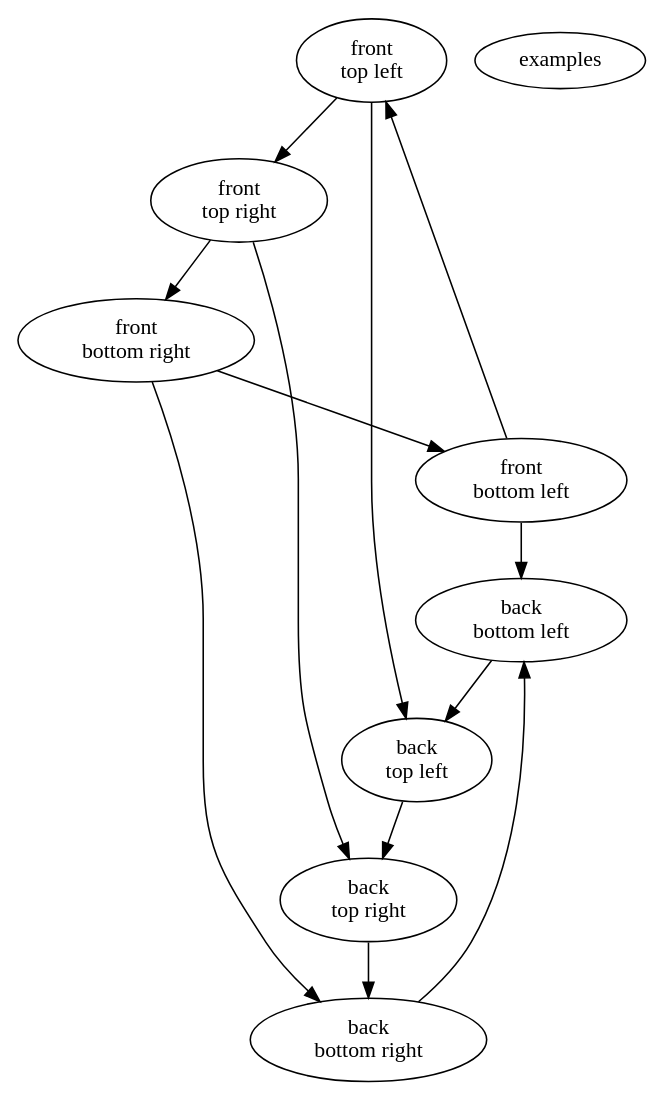
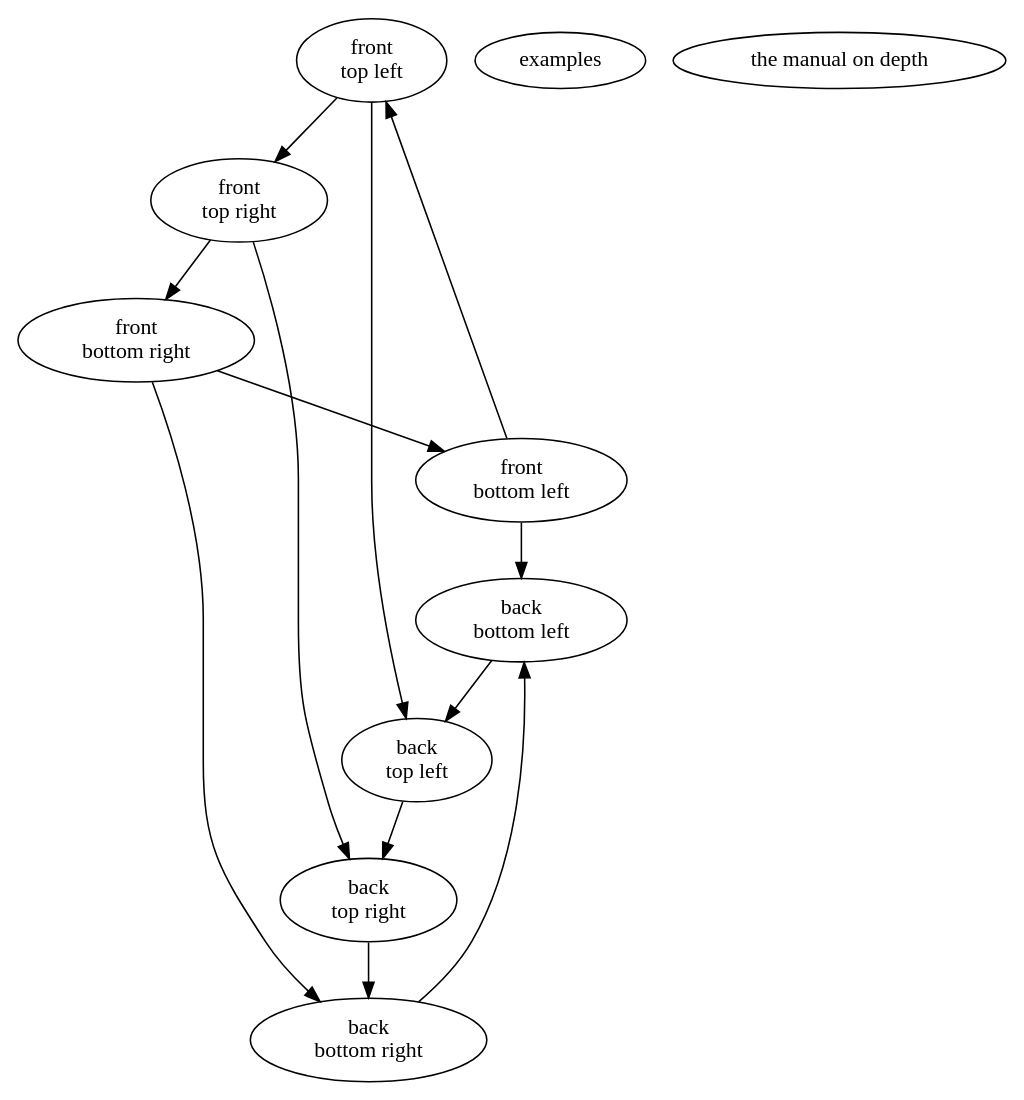
Before and after one commit to kareltucek/sane-graph-edit: the diagram in examples/cube.dot, drawn with Graphviz. The commit also changed 5 other files, not shown here.

```diff
--- a/examples/cube.dot
+++ b/examples/cube.dot
@@ -1,17 +1,18 @@
 digraph cube {
   // the front face, towards the viewer
   f00 [label="front\ntop left"; pos="-200,-200,-200!"];
   f10 [label="front\ntop right"; pos="200,-200,-200!"];
   f01 [label="front\nbottom left"; pos="-200,200,-200!"];
   f11 [label="front\nbottom right"; pos="200,200,-200!"];
   // the back face
   b00 [label="back\ntop left"; pos="-200,-200,200!"];
   b10 [label="back\ntop right"; pos="200,-200,200!"];
   b01 [label="back\nbottom left"; pos="-200,200,200!"];
   b11 [label="back\nbottom right"; pos="200,200,200!"];
   // gf on it goes back to the list of examples
   index [label="examples"; pos="0,-420!"; link="index.dot:cube"; fillcolor="#F6EFC4"];
+  manual [label="the manual on depth"; pos="250,-420!"; link="../README.md#Depth"; fillcolor="#F6EFC4"];
   f00 -> f10; f10 -> f11; f11 -> f01; f01 -> f00;
   b00 -> b10; b10 -> b11; b11 -> b01; b01 -> b00;
   f00 -> b00; f10 -> b10; f01 -> b01; f11 -> b11;
 }
```
